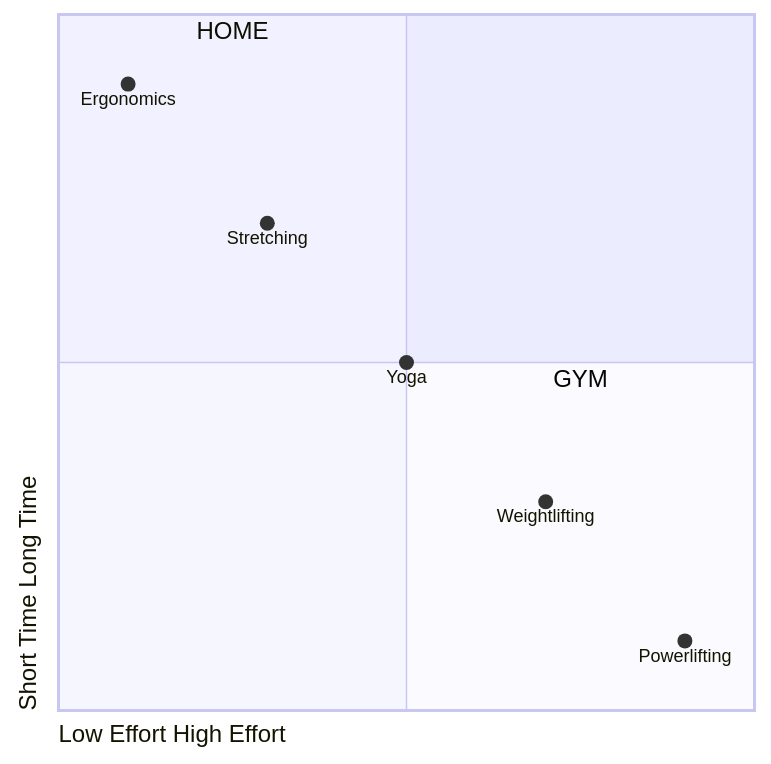
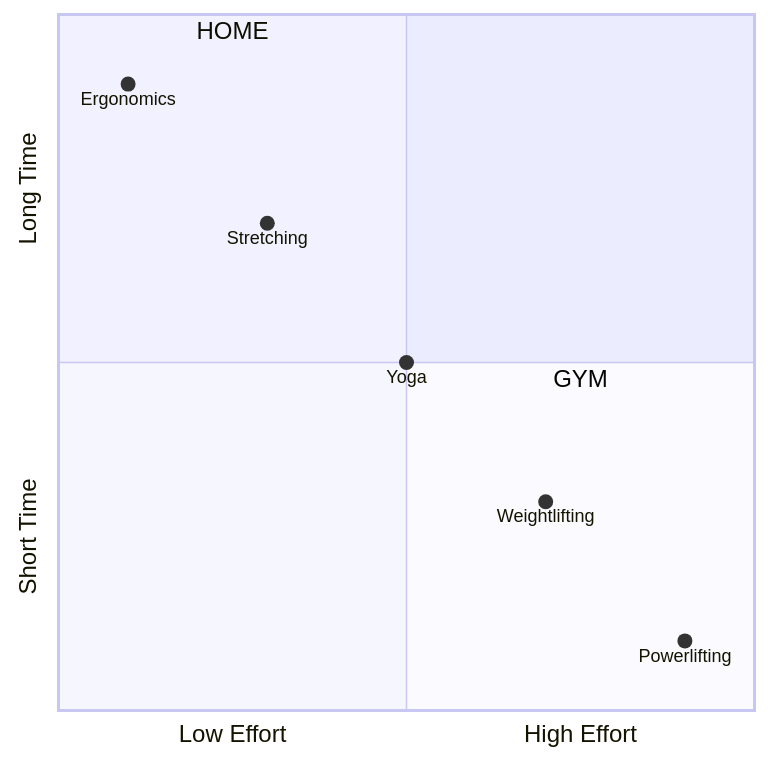
The second of 2 diagrams in src/site/notes/Hack Your Brain With Powerlifting.md (NamtaoProductions/namtao-com), drawn with Mermaid before and after one commit. The commit also changed other lines of this file and 15 other files, not shown here.

````diff
--- a/src/site/notes/Hack Your Brain With Powerlifting.md
+++ b/src/site/notes/Hack Your Brain With Powerlifting.md
@@ -254,15 +254,15 @@
 ```mermaid
 quadrantChart
  
-   x-axis Low Effort  High Effort
-    y-axis Short Time  Long Time
+   x-axis Low Effort --> High Effort
+    y-axis Short Time --> Long Time
 
     quadrant-2 HOME
     quadrant-4 GYM
 
     Ergonomics: [0.1, 0.9]
     Stretching: [0.3, 0.7]
     Yoga: [0.5, 0.5]
     Weightlifting: [0.7, 0.3]
     Powerlifting: [0.9, 0.1]
 ```
````
